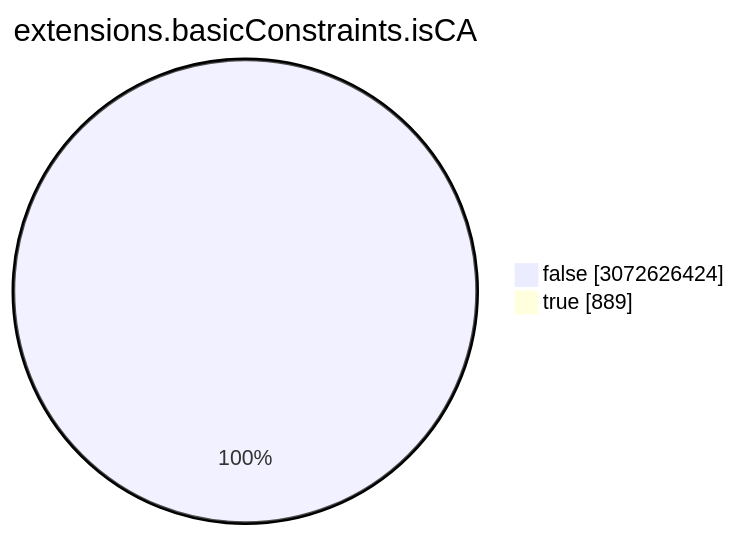
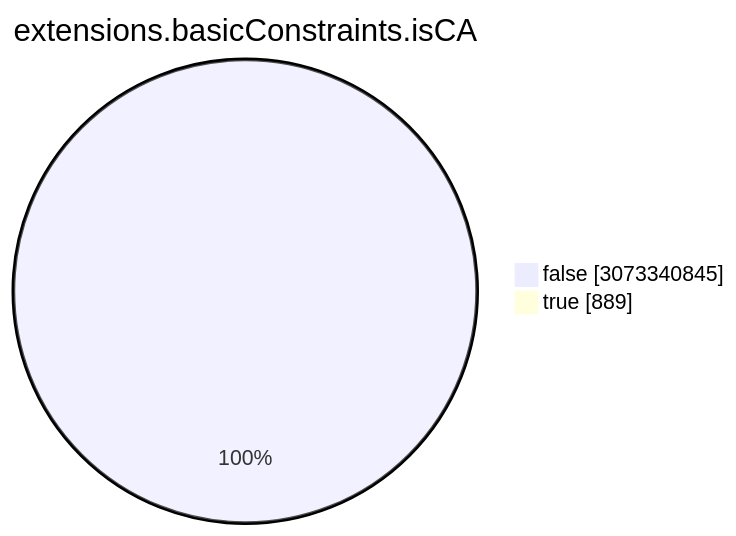
One commit to christiankrug/ctmonitor_visualization changed the seventh of 15 diagrams in TOTAL/README.md. Above: the diagram before and after it, drawn with Mermaid. The commit also changed other lines of this file, not shown here.

````diff
--- a/TOTAL/README.md
+++ b/TOTAL/README.md
@@ -3088,6 +3088,6 @@
 ```mermaid
 pie showData
 title extensions.basicConstraints.isCA
-"false" :3072626424
+"false" :3073340845
 "true" :889
 ```
````
